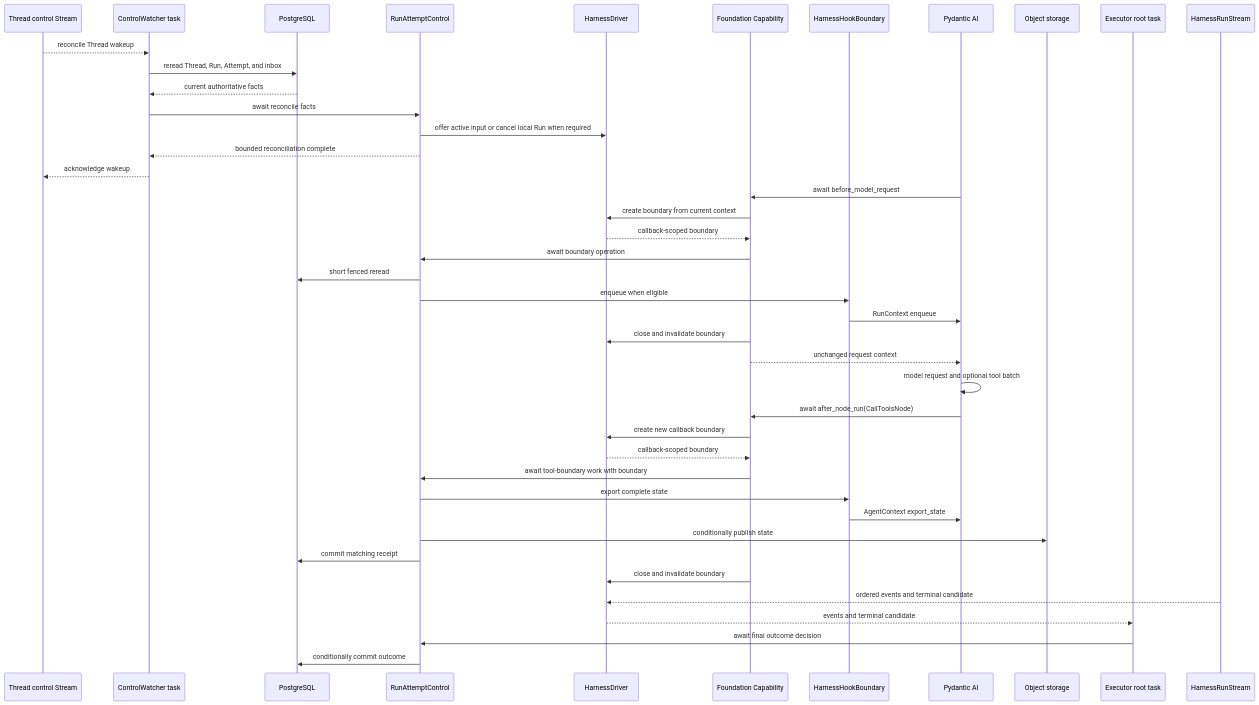
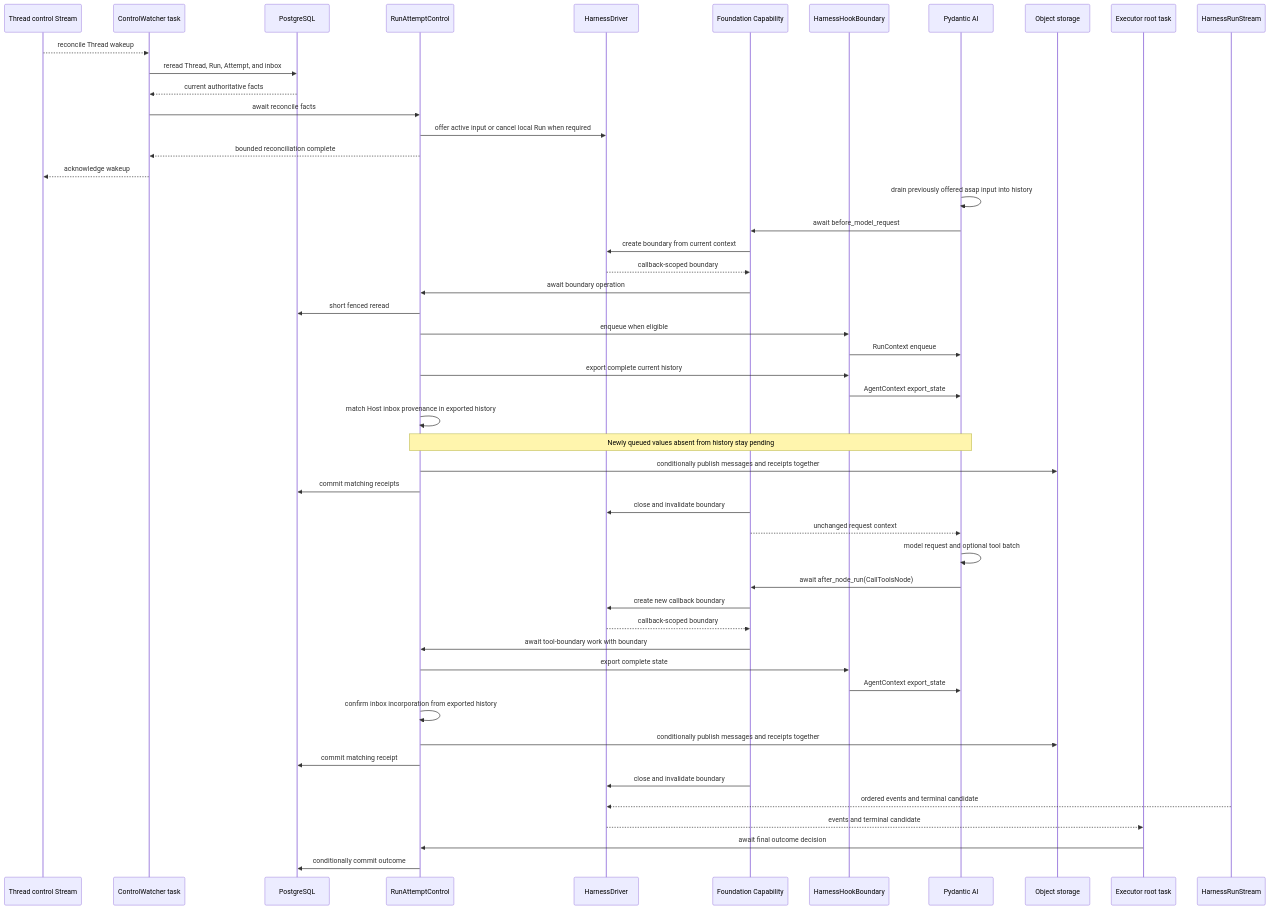
The third of 3 diagrams in spec/foundation-service/14-harness-runtime-integration.md (LTThreeComma/agent-foundation), drawn with Mermaid before and after one commit. The commit also changed other lines of this file and 2 other files, not shown here.

Commit message:
Confirm inbox incorporation at complete checkpoints

````diff
--- a/spec/foundation-service/14-harness-runtime-integration.md
+++ b/spec/foundation-service/14-harness-runtime-integration.md
@@ -417,46 +417,54 @@
 ```mermaid
 sequenceDiagram
     participant RedisControl as Thread control Stream
     participant Watcher as ControlWatcher task
     participant Postgres as PostgreSQL
     participant RunControl as RunAttemptControl
     participant Driver as HarnessDriver
     participant Capability as Foundation Capability
     participant Boundary as HarnessHookBoundary
     participant PAI as Pydantic AI
     participant Objects as Object storage
     participant Executor as Executor root task
     participant Harness as HarnessRunStream
 
     RedisControl-->>Watcher: reconcile Thread wakeup
     Watcher->>Postgres: reread Thread, Run, Attempt, and inbox
     Postgres-->>Watcher: current authoritative facts
     Watcher->>RunControl: await reconcile facts
     RunControl->>Driver: offer active input or cancel local Run when required
     RunControl-->>Watcher: bounded reconciliation complete
     Watcher-->>RedisControl: acknowledge wakeup
 
+    PAI->>PAI: drain previously offered asap input into history
     PAI->>Capability: await before_model_request
     Capability->>Driver: create boundary from current context
     Driver-->>Capability: callback-scoped boundary
     Capability->>RunControl: await boundary operation
     RunControl->>Postgres: short fenced reread
     RunControl->>Boundary: enqueue when eligible
     Boundary->>PAI: RunContext enqueue
+    RunControl->>Boundary: export complete current history
+    Boundary->>PAI: AgentContext export_state
+    RunControl->>RunControl: match Host inbox provenance in exported history
+    Note over RunControl,PAI: Newly queued values absent from history stay pending
+    RunControl->>Objects: conditionally publish messages and receipts together
+    RunControl->>Postgres: commit matching receipts
     Capability->>Driver: close and invalidate boundary
     Capability-->>PAI: unchanged request context
     PAI->>PAI: model request and optional tool batch
     PAI->>Capability: await after_node_run(CallToolsNode)
     Capability->>Driver: create new callback boundary
     Driver-->>Capability: callback-scoped boundary
     Capability->>RunControl: await tool-boundary work with boundary
     RunControl->>Boundary: export complete state
     Boundary->>PAI: AgentContext export_state
-    RunControl->>Objects: conditionally publish state
+    RunControl->>RunControl: confirm inbox incorporation from exported history
+    RunControl->>Objects: conditionally publish messages and receipts together
     RunControl->>Postgres: commit matching receipt
     Capability->>Driver: close and invalidate boundary
     Harness-->>Driver: ordered events and terminal candidate
     Driver-->>Executor: events and terminal candidate
     Executor->>RunControl: await final outcome decision
     RunControl->>Postgres: conditionally commit outcome
 ```
````
